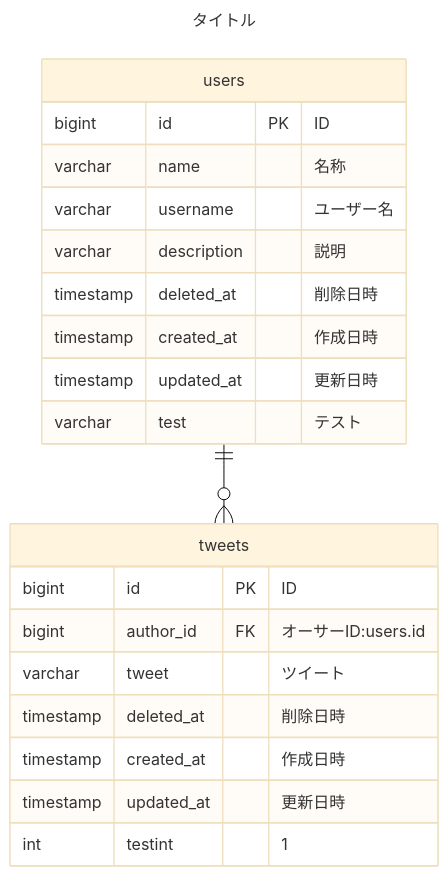
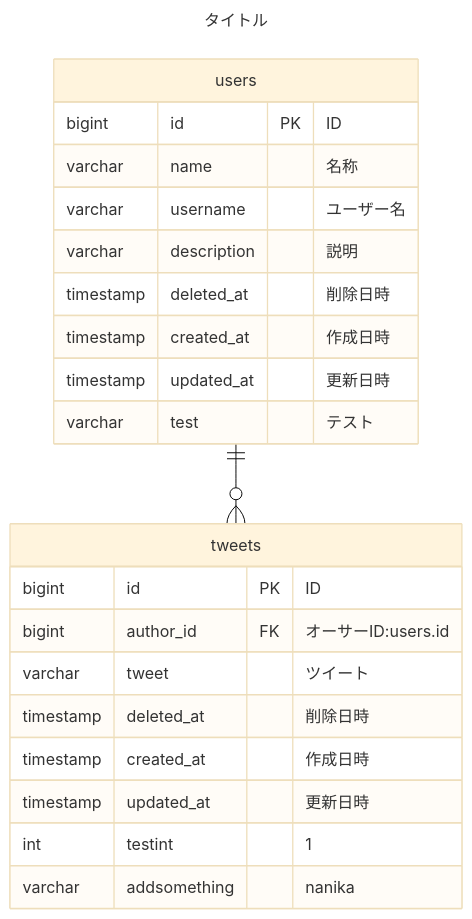
One commit to mogacha/git_tutorial changed the diagram in test1.md. Above: the diagram before and after it, drawn with Mermaid (base theme).

Commit message:
まだPRしてたが、追加修正を行って再度ｐｒ待ち

````diff
--- a/test1.md
+++ b/test1.md
@@ -5,28 +5,29 @@
 ```mermaid
 ---
 title: "タイトル"
 ---
 erDiagram
     users ||--o{ tweets : ""
 
     users {
         bigint id PK "ID"
         varchar name "名称"
         varchar username "ユーザー名"
         varchar description "説明"
         timestamp deleted_at "削除日時"
         timestamp created_at "作成日時"
         timestamp updated_at "更新日時"
         varchar  test  "テスト"
     }
 
     tweets {
         bigint id PK "ID"
         bigint author_id FK "オーサーID:users.id"
         varchar tweet "ツイート"
         timestamp deleted_at "削除日時"
         timestamp created_at "作成日時"
         timestamp updated_at "更新日時"
         int      testint     "1"
+        varchar   addsomething  "nanika"
     }
 ```
````
